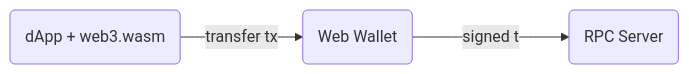
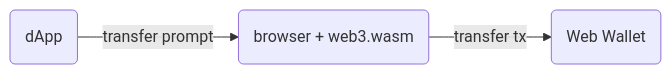
One commit to gist-rs/tx-builder-wasm changed the second of 4 diagrams in README.md. Above: the diagram before and after it, drawn with Mermaid. The commit also changed other lines of this file, not shown here.

````diff
--- a/README.md
+++ b/README.md
@@ -26,4 +26,4 @@
 ```mermaid
 graph LR
-    A(dApp + web3.wasm) -- transfer tx --> Y(Web Wallet) -- signed tx--> Z(RPC Server)
+    A(dApp) -- transfer prompt --> B1(browser + web3.wasm) -- transfer tx --> Y(Web Wallet)
 ```
````
